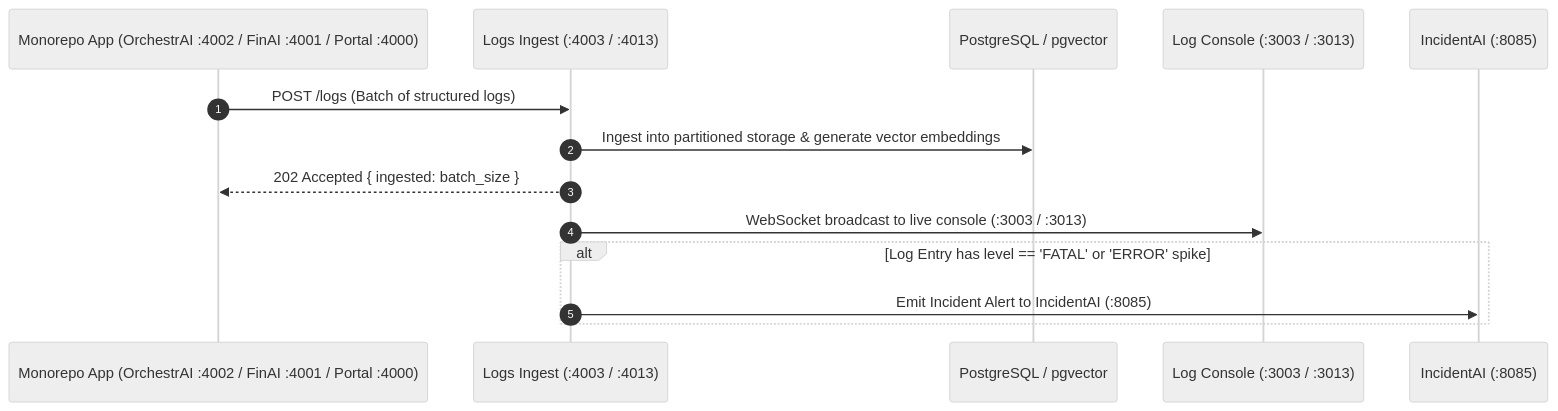
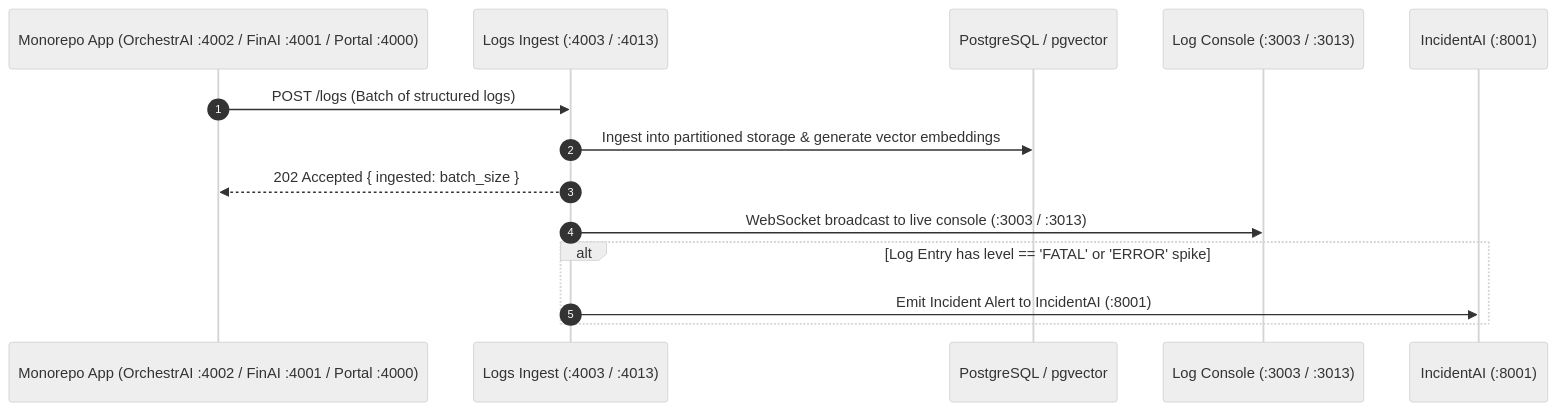
Before and after one commit to yuvadevlab/devlab-logs: the diagram in PROJECT_INFO.md, drawn with Mermaid (neutral theme). The commit also changed other lines of this file and 85 other files, not shown here.

````diff
--- a/PROJECT_INFO.md
+++ b/PROJECT_INFO.md
@@ -88,19 +88,19 @@
 ```mermaid
 sequenceDiagram
     autonumber
     participant App as Monorepo App (OrchestrAI :4002 / FinAI :4001 / Portal :4000)
     participant Ingest as Logs Ingest (:4003 / :4013)
     participant DB as PostgreSQL / pgvector
     participant Web as Log Console (:3003 / :3013)
-    participant IA as IncidentAI (:8085)
+    participant IA as IncidentAI (:8001)
 
     App->>Ingest: POST /logs (Batch of structured logs)
     Ingest->>DB: Ingest into partitioned storage & generate vector embeddings
     Ingest-->>App: 202 Accepted { ingested: batch_size }
 
     Ingest->>Web: WebSocket broadcast to live console (:3003 / :3013)
 
     alt Log Entry has level == 'FATAL' or 'ERROR' spike
-        Ingest->>IA: Emit Incident Alert to IncidentAI (:8085)
+        Ingest->>IA: Emit Incident Alert to IncidentAI (:8001)
     end
 ```
````
